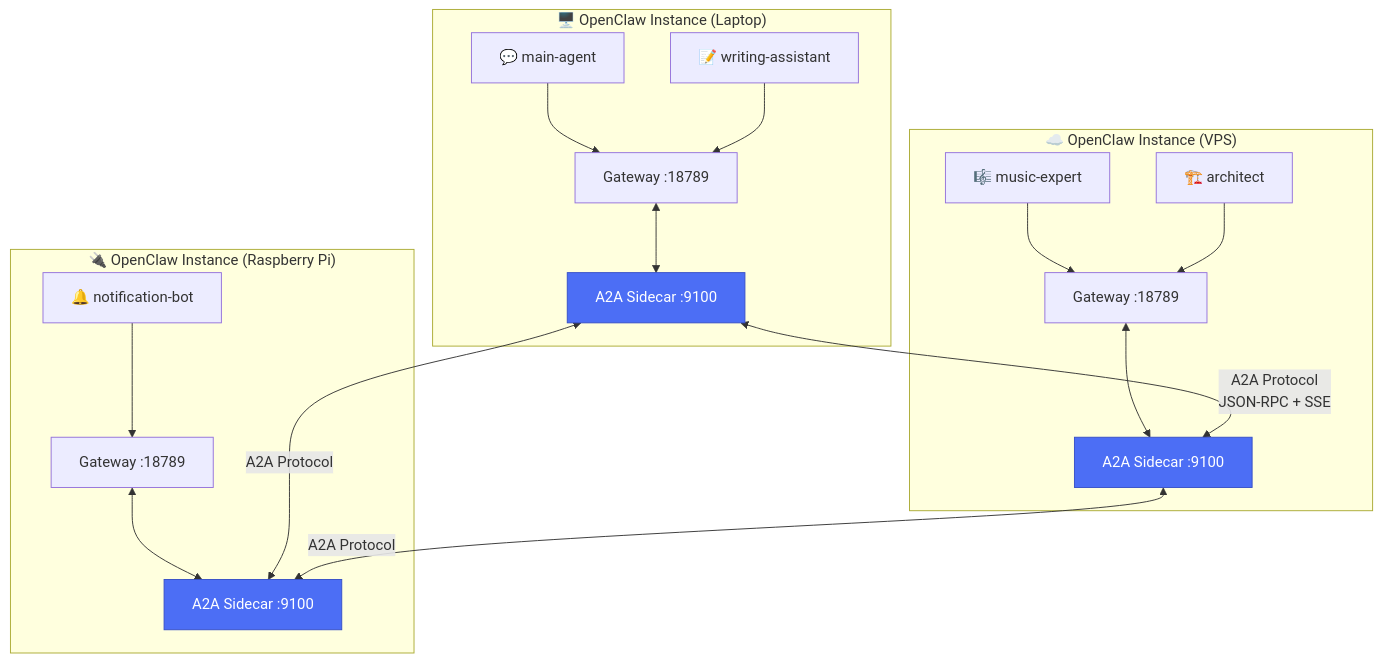
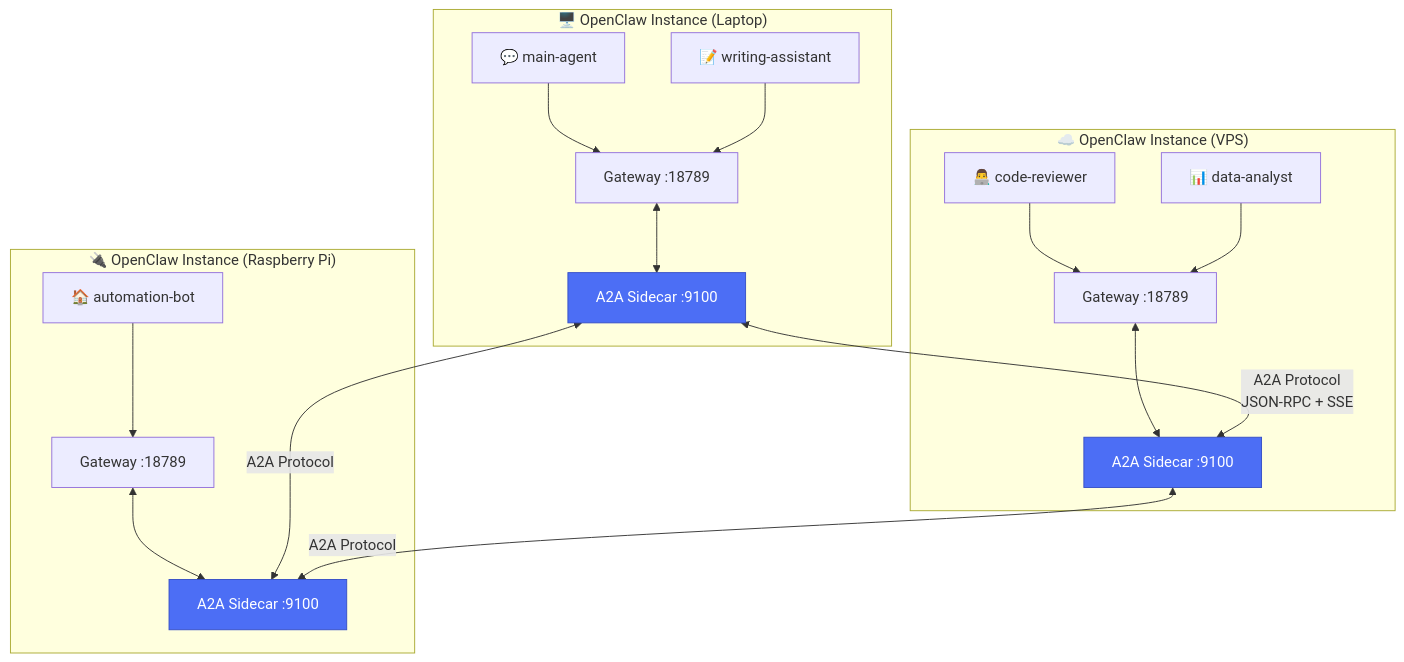
The seventh of 8 diagrams in README.md (paprini/clawbridge), drawn with Mermaid before and after one commit. The commit also changed other lines of this file, not shown here.

First line of the commit message:
Replace README: Remove all music references (generic examples)

````diff
--- a/README.md
+++ b/README.md
@@ -445,39 +469,39 @@
 ```mermaid
 graph TB
     subgraph Laptop["🖥️ OpenClaw Instance (Laptop)"]
         LA1[💬 main-agent]
         LA2[📝 writing-assistant]
         LGW[Gateway :18789]
         LSC[A2A Sidecar :9100]
         
         LA1 & LA2 --> LGW
         LGW <--> LSC
     end
     
     subgraph VPS["☁️ OpenClaw Instance (VPS)"]
-        VA1[🎼 music-expert]
-        VA2[🏗️ architect]
+        VA1[👨‍💻 code-reviewer]
+        VA2[📊 data-analyst]
         VGW[Gateway :18789]
         VSC[A2A Sidecar :9100]
         
         VA1 & VA2 --> VGW
         VGW <--> VSC
     end
     
     subgraph RPI["🔌 OpenClaw Instance (Raspberry Pi)"]
-        RA1[🔔 notification-bot]
+        RA1[🏠 automation-bot]
         RGW[Gateway :18789]
         RSC[A2A Sidecar :9100]
         
         RA1 --> RGW
         RGW <--> RSC
     end
     
     LSC <-->|A2A Protocol<br/>JSON-RPC + SSE| VSC
     LSC <-->|A2A Protocol| RSC
     VSC <-->|A2A Protocol| RSC
     
     style LSC fill:#4c6ef5,stroke:#364fc7,color:#fff
     style VSC fill:#4c6ef5,stroke:#364fc7,color:#fff
     style RSC fill:#4c6ef5,stroke:#364fc7,color:#fff
 ```
````
